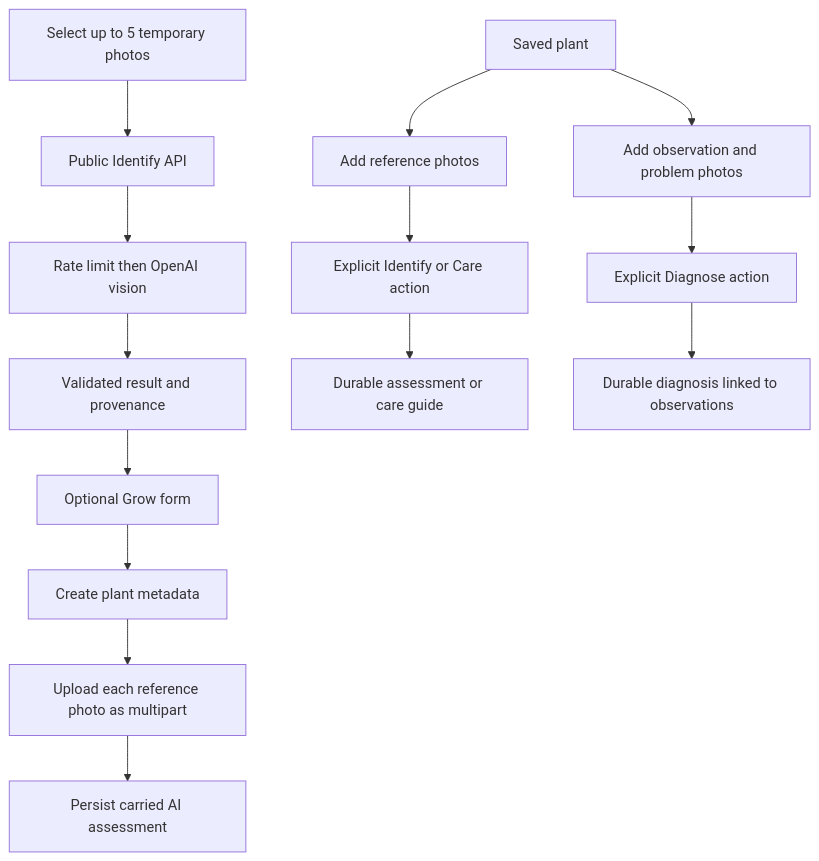
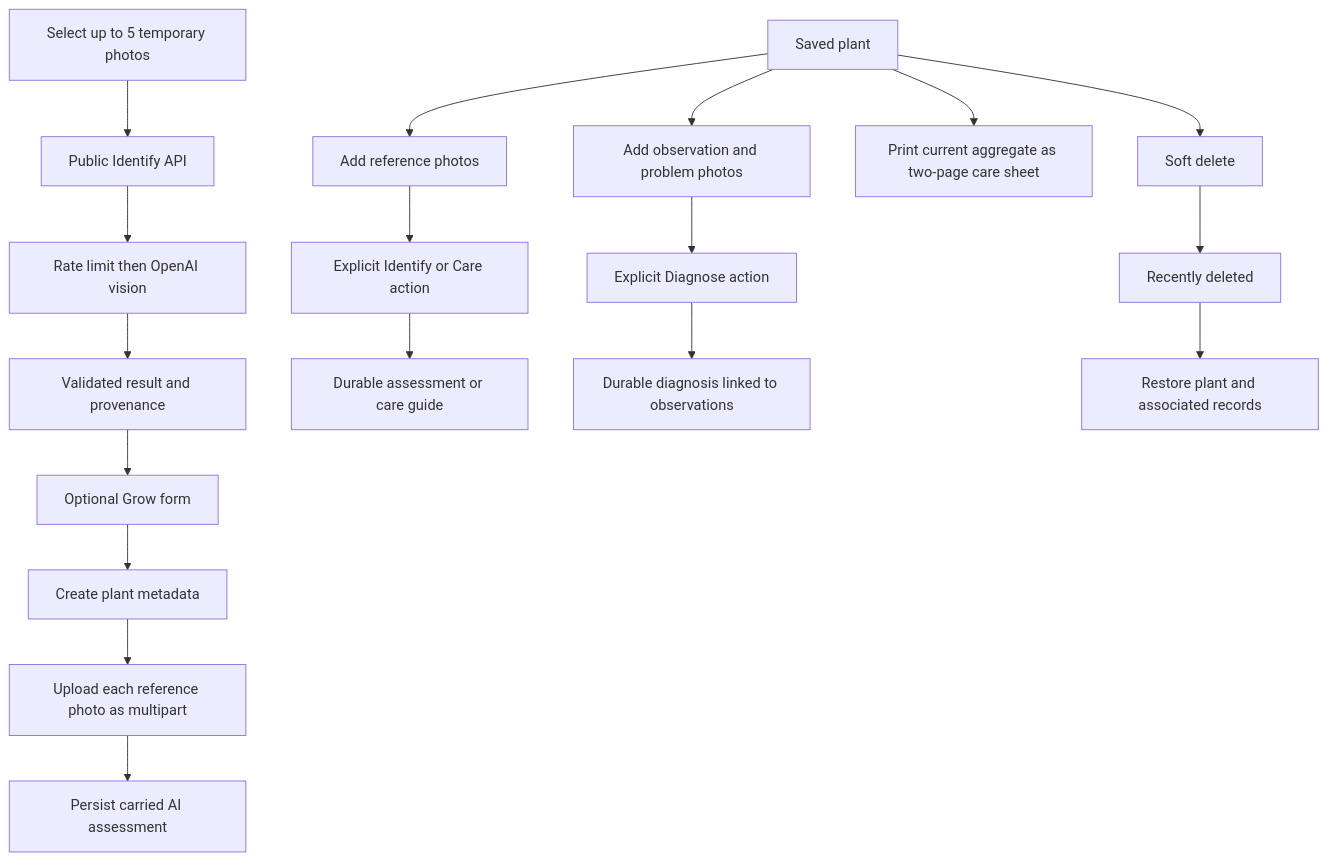
Before and after one commit to gavinnesom/plant-care-app: the diagram in CODEMAP.md, drawn with Mermaid. The commit also changed other lines of this file and 18 other files, not shown here.

Commit message:
Finish Plant ID print and recovery experience (#8)

````diff
--- a/CODEMAP.md
+++ b/CODEMAP.md
@@ -15,17 +15,21 @@
 ```mermaid
 flowchart TD
   A[Select up to 5 temporary photos] --> B[Public Identify API]
   B --> C[Rate limit then OpenAI vision]
   C --> D[Validated result and provenance]
   D --> E[Optional Grow form]
   E --> F[Create plant metadata]
   F --> G[Upload each reference photo as multipart]
   G --> H[Persist carried AI assessment]
 
   I[Saved plant] --> J[Add reference photos]
   I --> K[Add observation and problem photos]
   J --> L[Explicit Identify or Care action]
   K --> M[Explicit Diagnose action]
   L --> N[Durable assessment or care guide]
   M --> O[Durable diagnosis linked to observations]
+  I --> P[Print current aggregate as two-page care sheet]
+  I --> Q[Soft delete]
+  Q --> R[Recently deleted]
+  R --> S[Restore plant and associated records]
 ```
````
